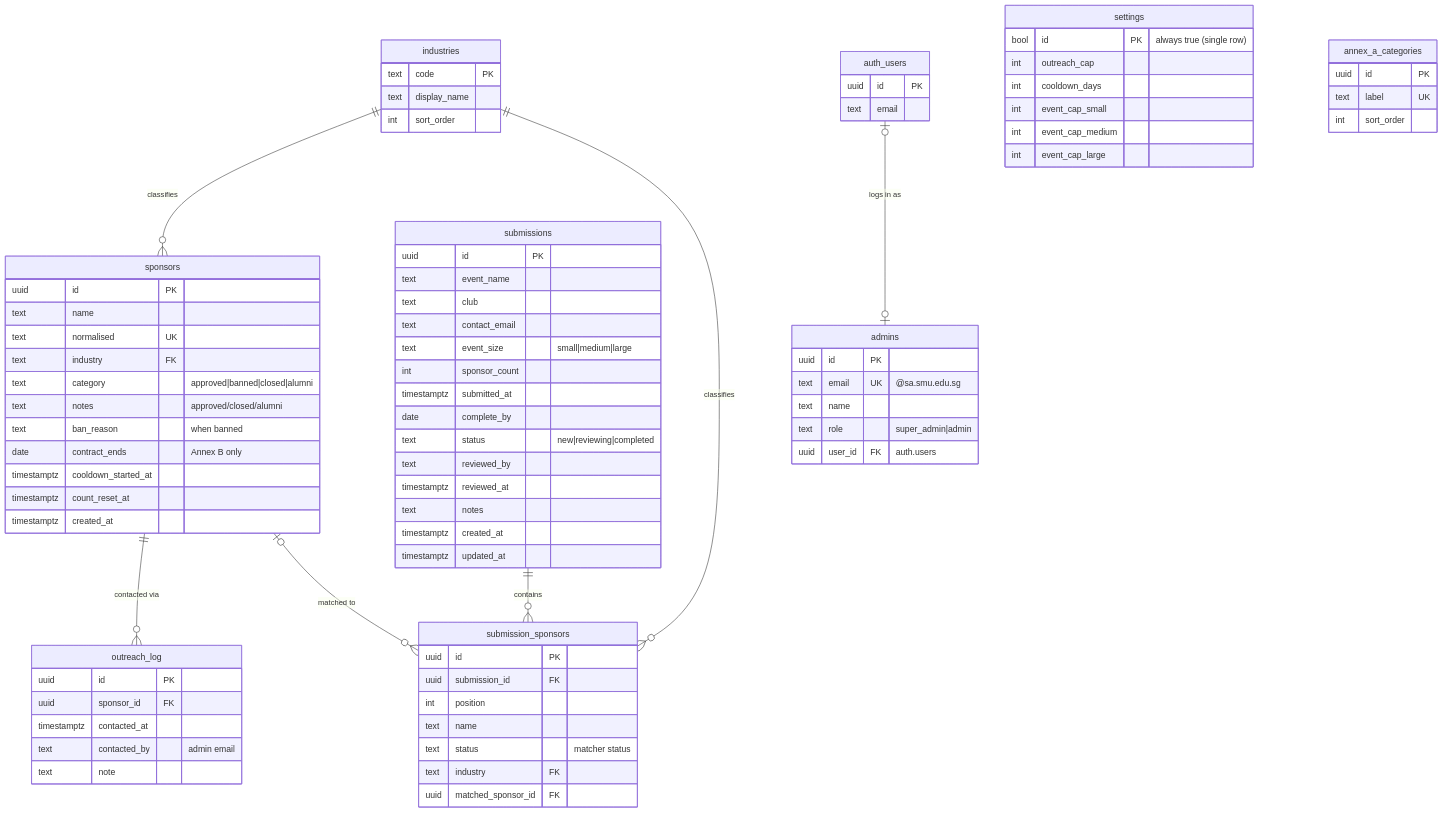
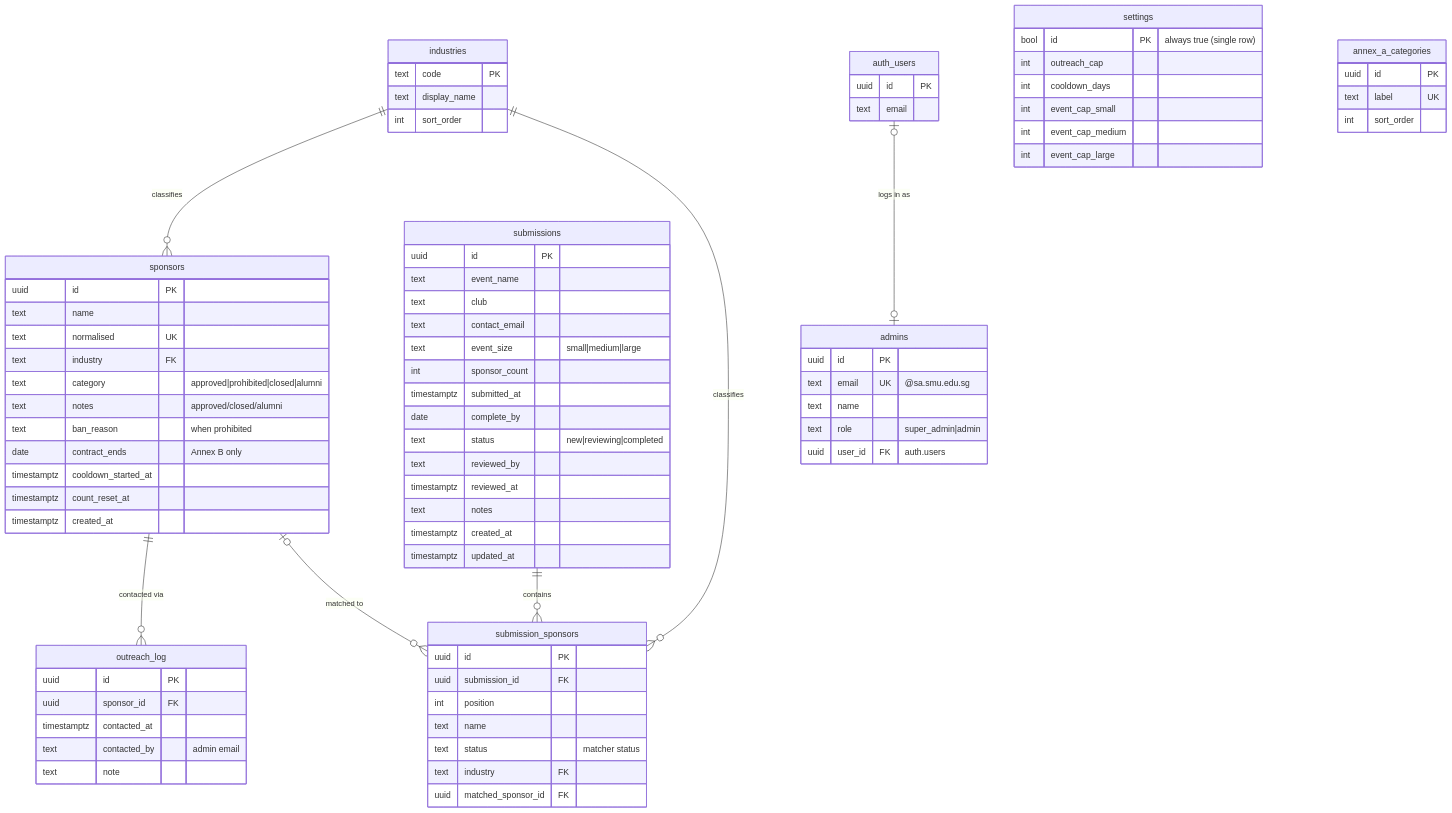
The diagram in supabase/DATABASE_GUIDE.md (triciaaleee/BIZCOM-SponsorCheck), drawn with Mermaid before and after one commit. The commit also changed other lines of this file and 27 other files, not shown here.

```diff
--- a/supabase/DATABASE_GUIDE.md
+++ b/supabase/DATABASE_GUIDE.md
@@ -156,9 +156,9 @@
         text name
         text normalised UK
         text industry FK
-        text category "approved|banned|closed|alumni"
+        text category "approved|prohibited|closed|alumni"
         text notes "approved/closed/alumni"
-        text ban_reason "when banned"
+        text ban_reason "when prohibited"
         date contract_ends "Annex B only"
         timestamptz cooldown_started_at
         timestamptz count_reset_at
```
